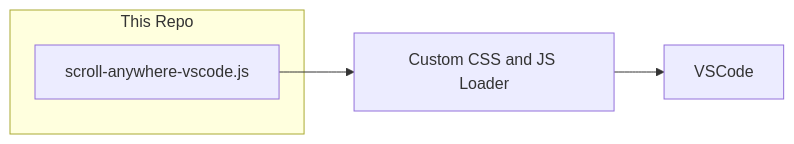
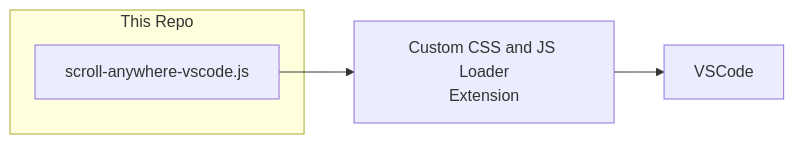
The diagram in README.md (Yeove/VSCodeScrollAnywhereAddon), drawn with Mermaid before and after one commit.

Commit message:
Misc ReadMe Changes

````diff
--- a/README.md
+++ b/README.md
@@ -20,10 +20,10 @@
 ```mermaid
 flowchart LR
     subgraph ThisRepo["This Repo"]
         A["scroll-anywhere-vscode.js"]
     end
-      B["Custom CSS and JS Loader"]
+      B["Custom CSS and JS Loader<br>Extension"]
       C["VSCode"]
     A --> B
     B --> C
 ```
````
